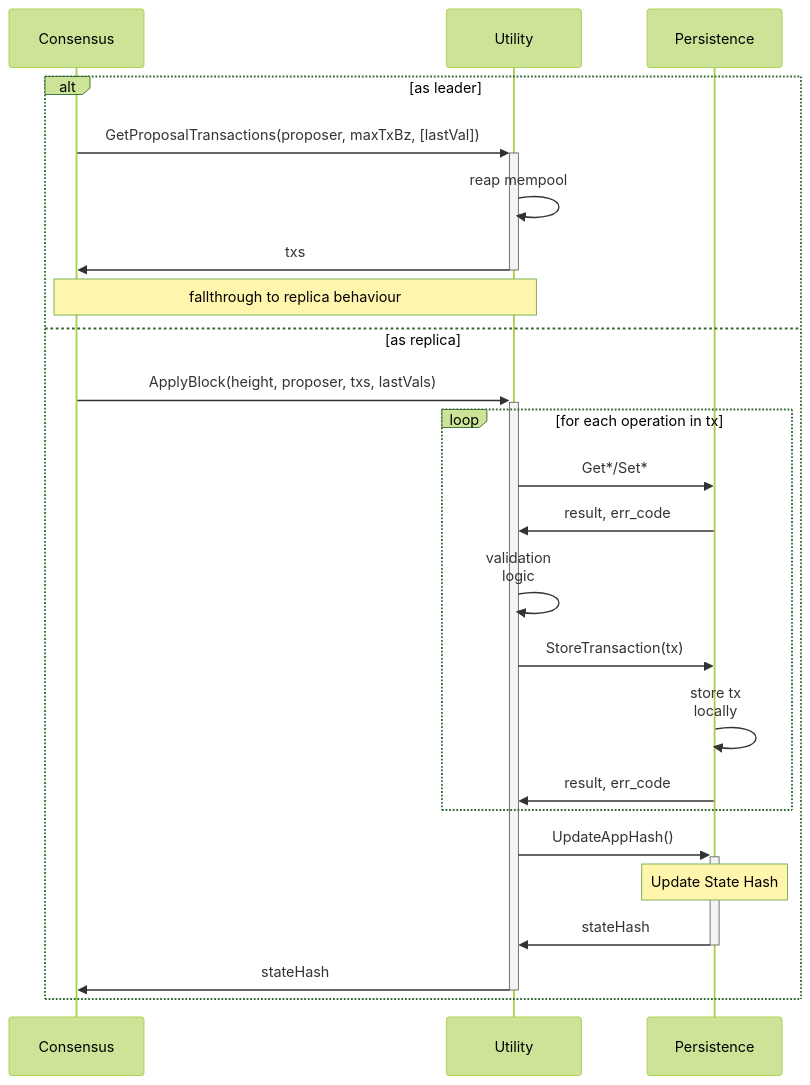
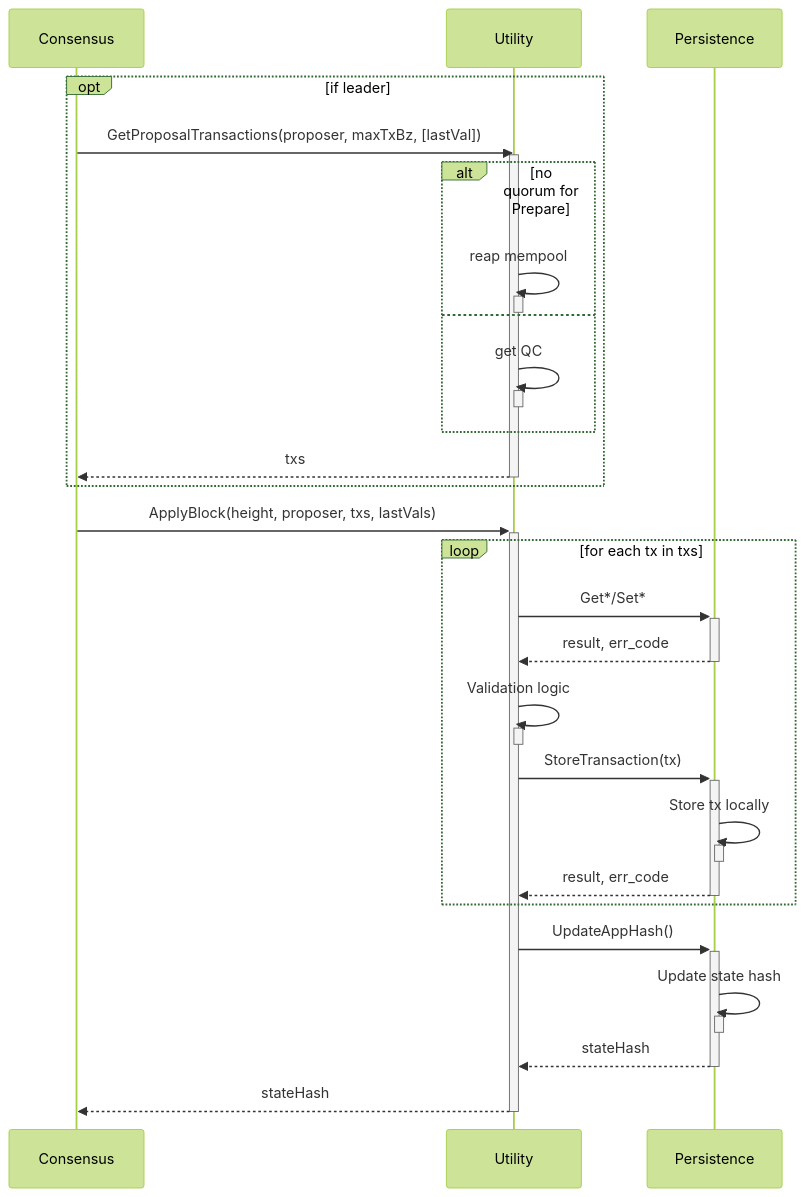
One commit to pokt-network/pocket changed the second of 3 diagrams in shared/docs/flows/AppHash.md. Above: the diagram before and after it, drawn with Mermaid (forest theme).

````diff
--- a/shared/docs/flows/AppHash.md
+++ b/shared/docs/flows/AppHash.md
@@ -44,27 +44,41 @@
 ```mermaid
 sequenceDiagram
     participant C as Consensus
     participant U as Utility
     participant P as Persistence
 
-    alt as leader
-        C->>+U: GetProposalTransactions(proposer, maxTxBz, [lastVal])
+    opt if leader
+        C->>U: GetProposalTransactions(proposer, maxTxBz, [lastVal])
+        activate U
+        alt no quorum for Prepare
         U->>U: reap mempool
-        U->>-C: txs
-        Note over C, U: fallthrough to replica behaviour
-    else as replica
-        C->>+U: ApplyBlock(height, proposer, txs, lastVals)
-        loop for each operation in tx
-            U->>P: Get*/Set*
-            P->>U: result, err_code
-            U->>U: validation<br>logic
-            U->>P: StoreTransaction(tx)
-            P->>P: store tx<br>locally
-            P->>U: result, err_code
+        activate U
+        deactivate U
+        else
+        U->>U: get QC
+        activate U
+        deactivate U
         end
-        U->>+P: UpdateAppHash()
-        Note over P: Update State Hash
-        P->>-U: stateHash
-        U->>-C: stateHash
+        U-->>C: txs
+        deactivate U
     end
+    C->>+U: ApplyBlock(height, proposer, txs, lastVals)
+    loop for each tx in txs
+        U->>+P: Get*/Set*
+        P-->>-U: result, err_code
+        U->>U: Validation logic
+        activate U
+        deactivate U
+        U->>+P: StoreTransaction(tx)
+        P->>P: Store tx locally
+        activate P
+        deactivate P
+        P-->>-U: result, err_code
+    end
+    U->>+P: UpdateAppHash()
+    P->>P: Update state hash
+    activate P
+    deactivate P
+    P-->>-U: stateHash
+    U-->>-C: stateHash
 ```
````
